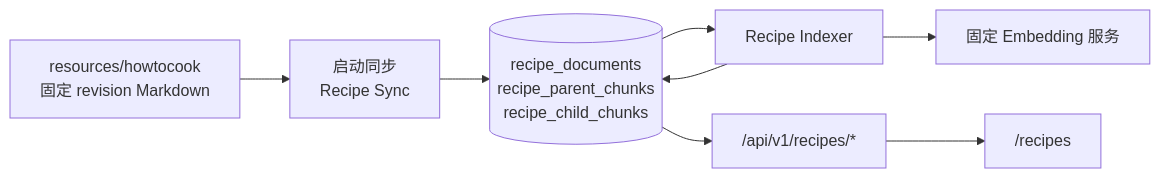
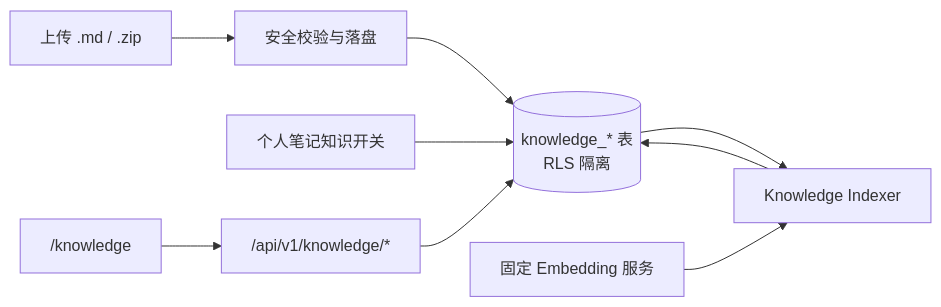
One commit to Diving-Di/Cortex changed the diagram in docs/SDD.md. Above: the diagram before and after it, drawn with Mermaid. The commit also changed other lines of this file and 58 other files, not shown here.

First line of the commit message:
refactor: remove legacy recipe interfaces and promote personal knowledge base

````diff
--- a/docs/SDD.md
+++ b/docs/SDD.md
@@ -38,15 +42,11 @@
 ```mermaid
 flowchart LR
-    RESOURCE["resources/howtocook<br/>固定 revision Markdown"]
-    SYNC["启动同步<br/>Recipe Sync"]
-    DB[("recipe_documents<br/>recipe_parent_chunks<br/>recipe_child_chunks")]
-    INDEX["Recipe Indexer"]
-    EMBED["固定 Embedding 服务"]
-    API["/api/v1/recipes/*"]
-    UI["/recipes"]
-
-    RESOURCE --> SYNC --> DB
-    DB --> INDEX --> EMBED
+    UPLOAD["上传 .md / .zip"] --> PREPARE["安全校验与落盘"]
+    PREPARE --> DB[("knowledge_* 表<br/>RLS 隔离")]
+    NOTES["个人笔记知识开关"] --> DB
+    DB --> INDEX["Knowledge Indexer"]
+    EMBED["固定 Embedding 服务"] --> INDEX
     INDEX --> DB
-    DB --> API --> UI
+    API["/api/v1/knowledge/*"] --> DB
+    UI["/knowledge"] --> API
 ```
````
